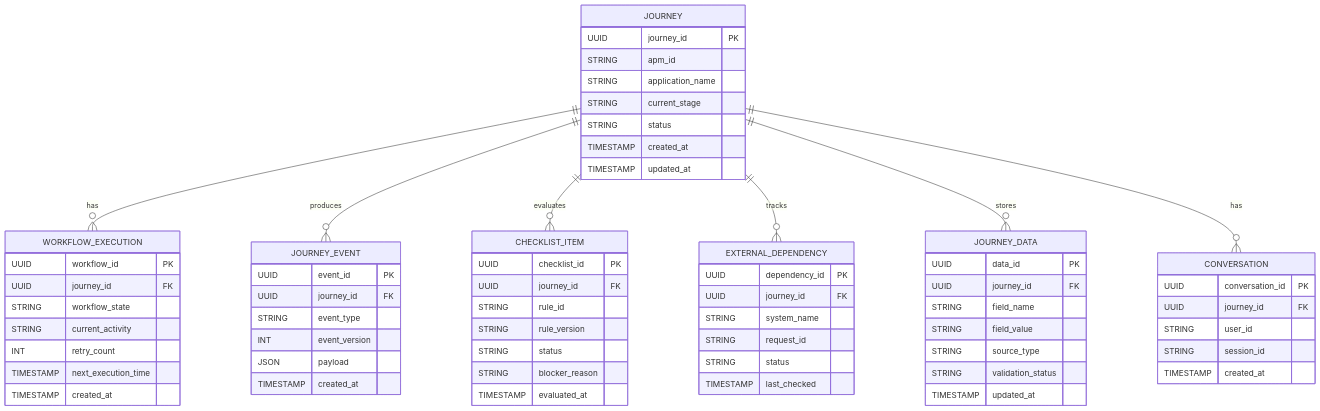
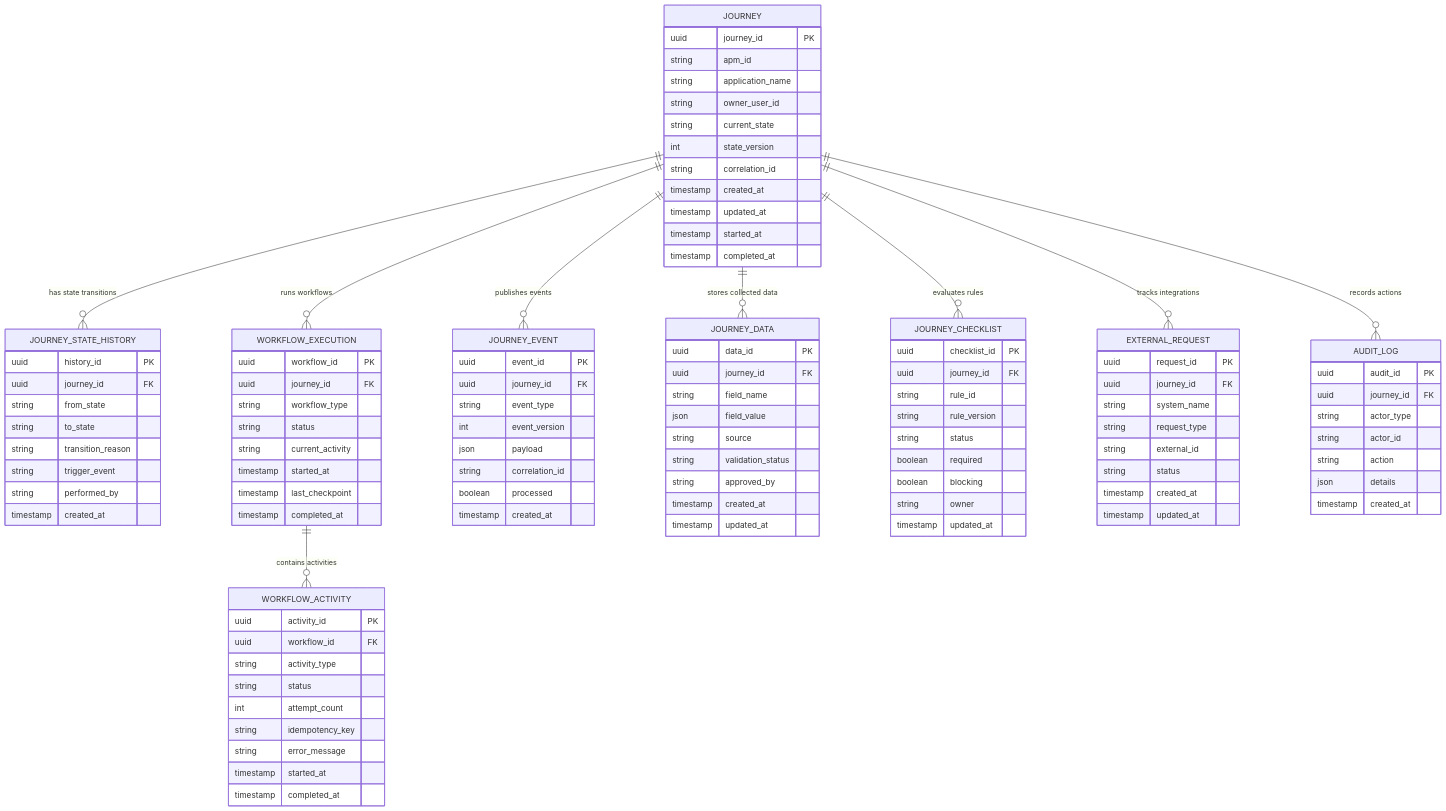
One commit to scarr0625/diagrams changed the diagram in mermaid-diagrams/db_diagram.mermaid. Above: the diagram before and after it, drawn with Mermaid.

Commit message:
fix: update db diagram

```diff
--- a/mermaid-diagrams/db_diagram.mermaid
+++ b/mermaid-diagrams/db_diagram.mermaid
@@ -1,81 +1,130 @@
 erDiagram
 
-    JOURNEY ||--o{ WORKFLOW_EXECUTION : "has"
-    JOURNEY ||--o{ JOURNEY_EVENT : "produces"
-    JOURNEY ||--o{ CHECKLIST_ITEM : "evaluates"
-    JOURNEY ||--o{ EXTERNAL_DEPENDENCY : "tracks"
-    JOURNEY ||--o{ JOURNEY_DATA : "stores"
-    JOURNEY ||--o{ CONVERSATION : "has"
+    JOURNEY {
+        uuid journey_id PK
+        string apm_id
+        string application_name
+        string owner_user_id
+        string current_state
+        int state_version
+        string correlation_id
+        timestamp created_at
+        timestamp updated_at
+        timestamp started_at
+        timestamp completed_at
+    }
 
 
-    JOURNEY {
-        UUID journey_id PK
-        STRING apm_id
-        STRING application_name
-        STRING current_stage
-        STRING status
-        TIMESTAMP created_at
-        TIMESTAMP updated_at
+    JOURNEY_STATE_HISTORY {
+        uuid history_id PK
+        uuid journey_id FK
+        string from_state
+        string to_state
+        string transition_reason
+        string trigger_event
+        string performed_by
+        timestamp created_at
     }
 
 
     WORKFLOW_EXECUTION {
-        UUID workflow_id PK
-        UUID journey_id FK
-        STRING workflow_state
-        STRING current_activity
-        INT retry_count
-        TIMESTAMP next_execution_time
-        TIMESTAMP created_at
+        uuid workflow_id PK
+        uuid journey_id FK
+        string workflow_type
+        string status
+        string current_activity
+        timestamp started_at
+        timestamp last_checkpoint
+        timestamp completed_at
+    }
+
+
+    WORKFLOW_ACTIVITY {
+        uuid activity_id PK
+        uuid workflow_id FK
+        string activity_type
+        string status
+        int attempt_count
+        string idempotency_key
+        string error_message
+        timestamp started_at
+        timestamp completed_at
+    }
+
+
+    JOURNEY_EVENT {
+        uuid event_id PK
+        uuid journey_id FK
+        string event_type
+        int event_version
+        json payload
+        string correlation_id
+        boolean processed
+        timestamp created_at
     }
 
 
     JOURNEY_DATA {
-        UUID data_id PK
-        UUID journey_id FK
-        STRING field_name
-        STRING field_value
-        STRING source_type
-        STRING validation_status
-        TIMESTAMP updated_at
+        uuid data_id PK
+        uuid journey_id FK
+        string field_name
+        json field_value
+        string source
+        string validation_status
+        string approved_by
+        timestamp created_at
+        timestamp updated_at
     }
 
 
-    CHECKLIST_ITEM {
-        UUID checklist_id PK
-        UUID journey_id FK
-        STRING rule_id
-        STRING rule_version
-        STRING status
-        STRING blocker_reason
-        TIMESTAMP evaluated_at
+    JOURNEY_CHECKLIST {
+        uuid checklist_id PK
+        uuid journey_id FK
+        string rule_id
+        string rule_version
+        string status
+        boolean required
+        boolean blocking
+        string owner
+        timestamp updated_at
     }
 
 
-    EXTERNAL_DEPENDENCY {
-        UUID dependency_id PK
-        UUID journey_id FK
-        STRING system_name
-        STRING request_id
-        STRING status
-        TIMESTAMP last_checked
+    EXTERNAL_REQUEST {
+        uuid request_id PK
+        uuid journey_id FK
+        string system_name
+        string request_type
+        string external_id
+        string status
+        timestamp created_at
+        timestamp updated_at
     }
 
 
-    JOURNEY_EVENT {
-        UUID event_id PK
-        UUID journey_id FK
-        STRING event_type
-        INT event_version
-        JSON payload
-        TIMESTAMP created_at
+    AUDIT_LOG {
+        uuid audit_id PK
+        uuid journey_id FK
+        string actor_type
+        string actor_id
+        string action
+        json details
+        timestamp created_at
     }
 
 
-    CONVERSATION {
-        UUID conversation_id PK
-        UUID journey_id FK
-        STRING user_id
-        STRING session_id
-        TIMESTAMP created_at
-    }
+    JOURNEY ||--o{ JOURNEY_STATE_HISTORY : "has state transitions"
+
+    JOURNEY ||--o{ WORKFLOW_EXECUTION : "runs workflows"
+
+    WORKFLOW_EXECUTION ||--o{ WORKFLOW_ACTIVITY : "contains activities"
+
+    JOURNEY ||--o{ JOURNEY_EVENT : "publishes events"
+
+    JOURNEY ||--o{ JOURNEY_DATA : "stores collected data"
+
+    JOURNEY ||--o{ JOURNEY_CHECKLIST : "evaluates rules"
+
+    JOURNEY ||--o{ EXTERNAL_REQUEST : "tracks integrations"
+
+    JOURNEY ||--o{ AUDIT_LOG : "records actions"
```
